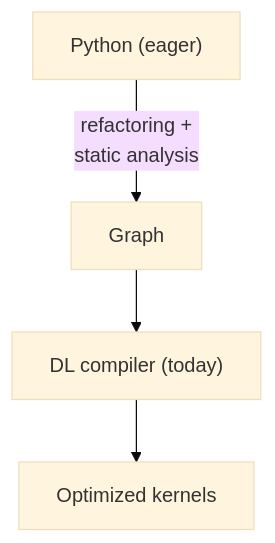
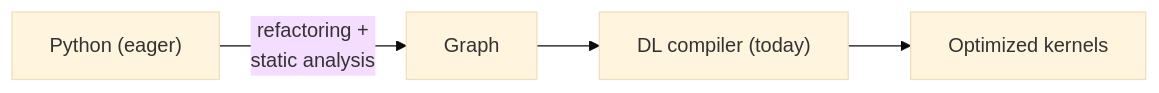
The second of 4 diagrams in dl_compilers.md (CSc-81010-Spring-2026/DL-Compilers), drawn with Mermaid (base theme) before and after one commit. The commit also changed other lines of this file and 1 other file, not shown here.

First line of the commit message:
More overflow fixes: TD→LR diagrams, trim intros, split Reading slide

````diff
--- a/dl_compilers.md
+++ b/dl_compilers.md
@@ -159,6 +157,6 @@
 ```mermaid
-graph TD
+graph LR
   py["Python (eager)"] -->|"refactoring +\nstatic analysis"| g[Graph]
   g --> c["DL compiler (today)"]
   c --> k[Optimized kernels]
 ```
````
